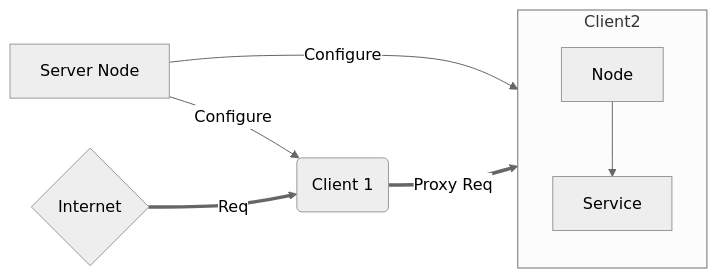
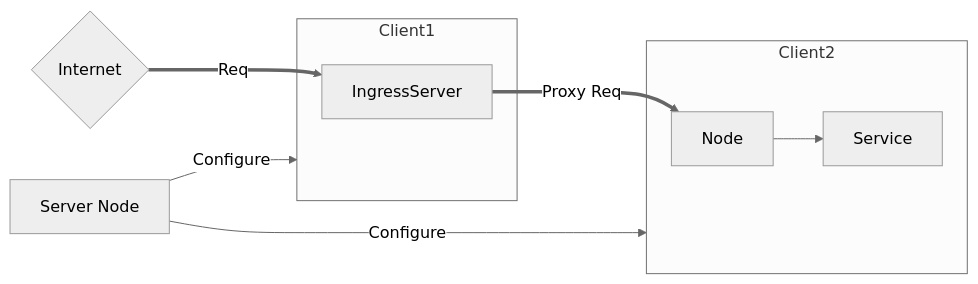
One commit to eyanshu1997/tunnlrX changed the diagram in workflow.md. Above: the diagram before and after it, drawn with Mermaid (neutral theme).

Commit message:
fix workflow

````diff
--- a/workflow.md
+++ b/workflow.md
@@ -13,10 +13,13 @@
 ```mermaid
 flowchart LR
-    A[Server Node] -->|Configure| B(Client 1)
+    A[Server Node] -->|Configure| Client1
     A[Server Node] -->|Configure| Client2
-    D{Internet} ==> |Req| B
-    B ==> |Proxy Req|Client2
+    D{Internet} ==> |Req| IngressServer
+    IngressServer ==> |Proxy Req|Node
     subgraph Client2
         Node --> Service
     end
+    subgraph Client1
+        IngressServer
+    end
 ```
````
